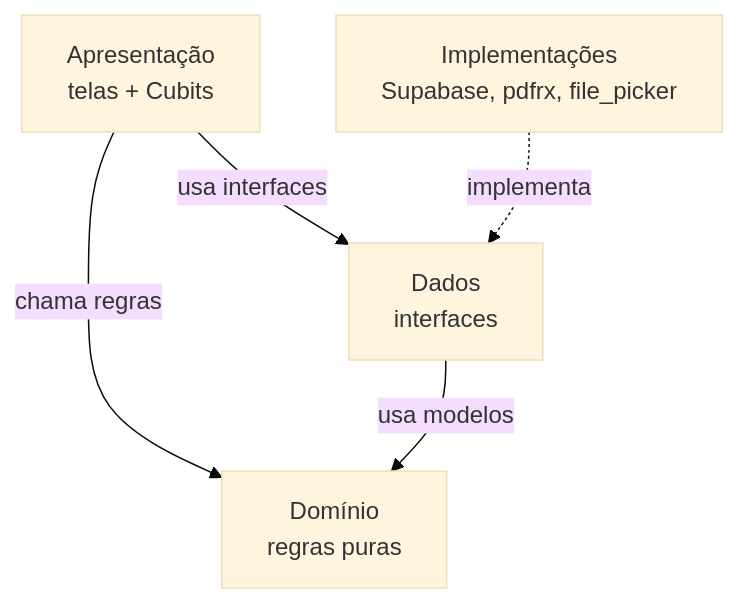
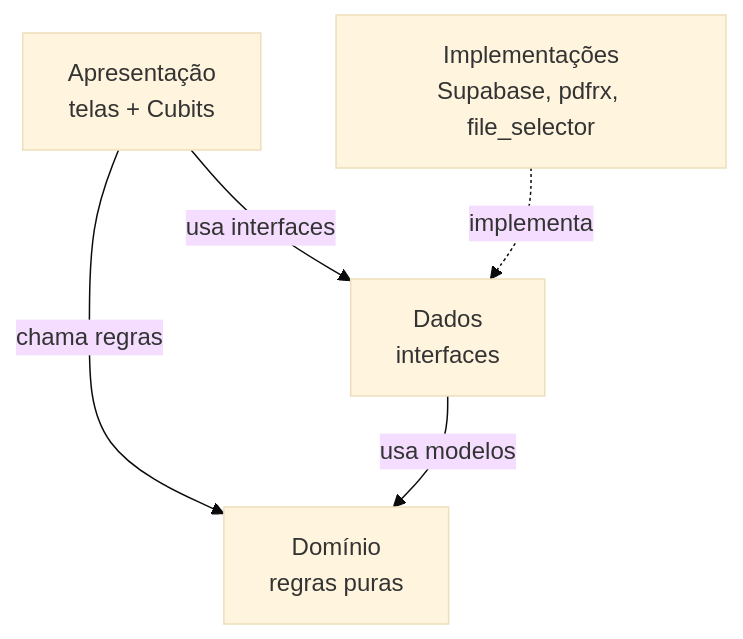
Before and after one commit to Vitor-Klein/Uni-Crono: the second of 5 diagrams in docs/02-arquitetura.md, drawn with Mermaid (base theme). The commit also changed other lines of this file and 39 other files, not shown here.

````diff
--- a/docs/02-arquitetura.md
+++ b/docs/02-arquitetura.md
@@ -68,11 +68,11 @@
 ```mermaid
 flowchart TB
     P["Apresentação<br/>telas + Cubits"]
     D["Domínio<br/>regras puras"]
     I["Dados<br/>interfaces"]
-    S["Implementações<br/>Supabase, pdfrx, file_picker"]
+    S["Implementações<br/>Supabase, pdfrx, file_selector"]
     P -- "chama regras" --> D
     P -- "usa interfaces" --> I
     S -. "implementa" .-> I
     I -- "usa modelos" --> D
 ```
````
